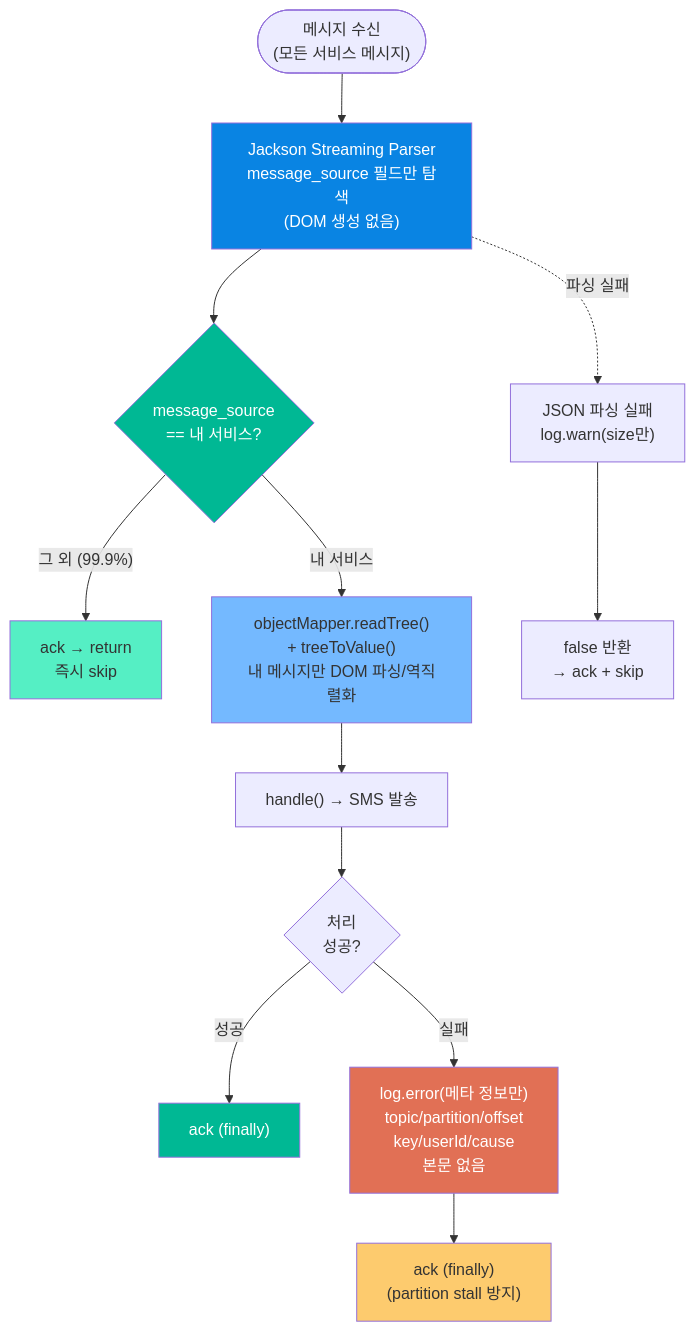
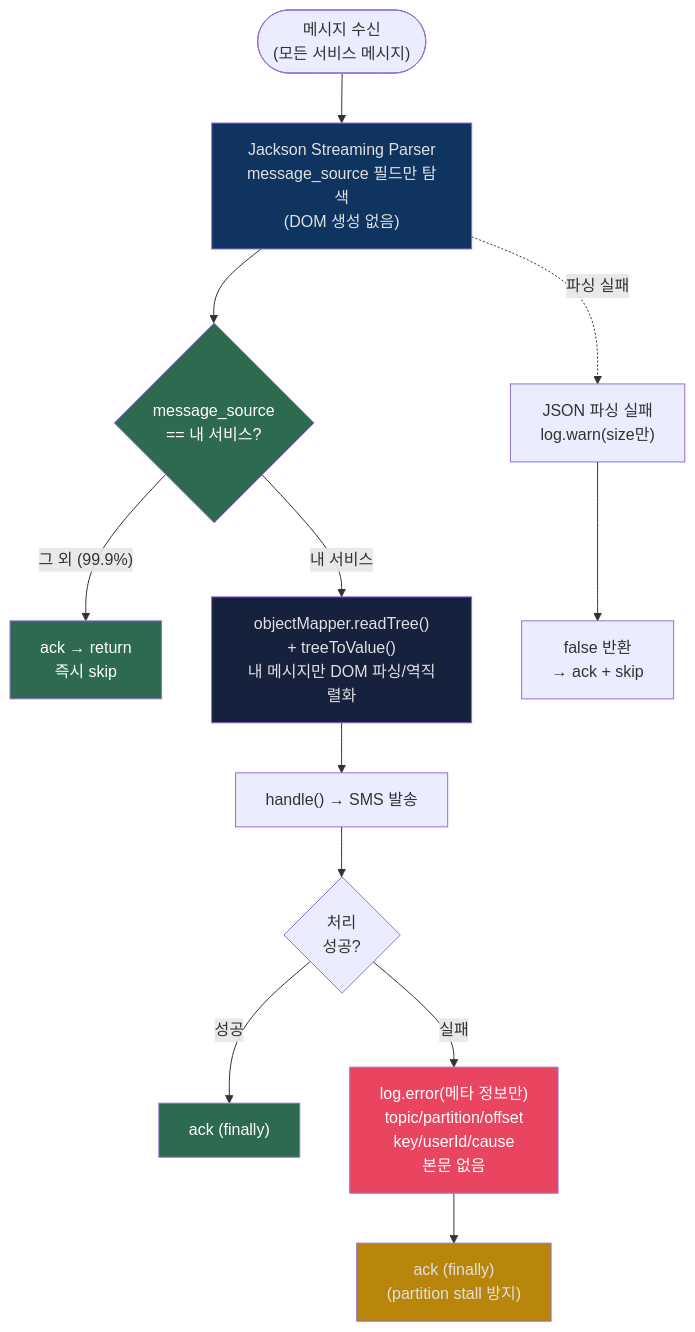
Before and after one commit to hyungkishin/hyungkishin.github.io: the fourth of 8 diagrams in contents/posts/roopers/technical-writing/round4/index.md, drawn with Mermaid. The commit also changed other lines of this file and 3 other files, not shown here.

Commit message:
style: round1~5 블로그 톤 통일 (~합니다 체, 단문 연결, Mermaid 색상, AI 패턴 제거)

````diff
--- a/contents/posts/roopers/technical-writing/round4/index.md
+++ b/contents/posts/roopers/technical-writing/round4/index.md
@@ -148,36 +158,36 @@
 ```mermaid
 flowchart TD
     start(["메시지 수신<br/>(모든 서비스 메시지)"])
     streaming["Jackson Streaming Parser<br/>message_source 필드만 탐색<br/>(DOM 생성 없음)"]
     isMine{"message_source<br/>== 내 서비스?"}
     skipAck["ack → return<br/>즉시 skip"]
     parseTree["objectMapper.readTree()<br/>+ treeToValue()<br/>내 메시지만 DOM 파싱/역직렬화"]
     handle["handle() → SMS 발송"]
     handleResult{"처리<br/>성공?"}
     successAck["ack (finally)"]
     failLog["log.error(메타 정보만)<br/>topic/partition/offset<br/>key/userId/cause<br/>본문 없음"]
     failAck["ack (finally)<br/>(partition stall 방지)"]
     parseErr["JSON 파싱 실패<br/>log.warn(size만)"]
     parseErrAck["false 반환<br/>→ ack + skip"]
 
     start --> streaming
     streaming --> isMine
 
     isMine -->|"내 서비스"| parseTree
     isMine -->|"그 외 (99.9%)"| skipAck
 
     streaming -.->|"파싱 실패"| parseErr --> parseErrAck
 
     parseTree --> handle --> handleResult
 
     handleResult -->|"성공"| successAck
     handleResult -->|"실패"| failLog --> failAck
 
-    style streaming fill:#0984e3,color:#fff
-    style isMine fill:#00b894,color:#fff
-    style skipAck fill:#55efc4,color:#333
-    style parseTree fill:#74b9ff,color:#333
-    style successAck fill:#00b894,color:#fff
-    style failLog fill:#e17055,color:#fff
-    style failAck fill:#fdcb6e,color:#333
+    style streaming fill:#0f3460,color:#e0e0e0
+    style isMine fill:#2d6a4f,color:#ffffff
+    style skipAck fill:#2d6a4f,color:#ffffff
+    style parseTree fill:#16213e,color:#e0e0e0
+    style successAck fill:#2d6a4f,color:#ffffff
+    style failLog fill:#e94560,color:#ffffff
+    style failAck fill:#b8860b,color:#e0e0e0
 ```
````
